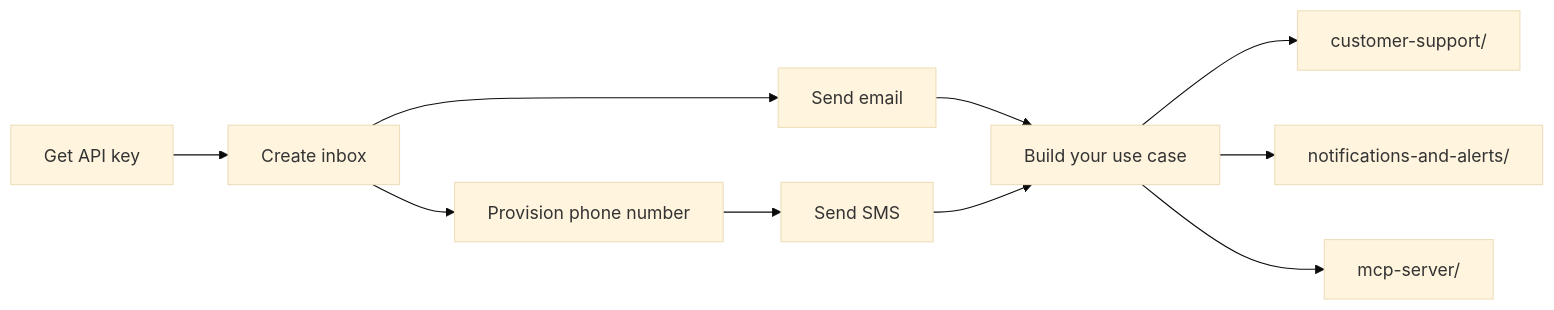
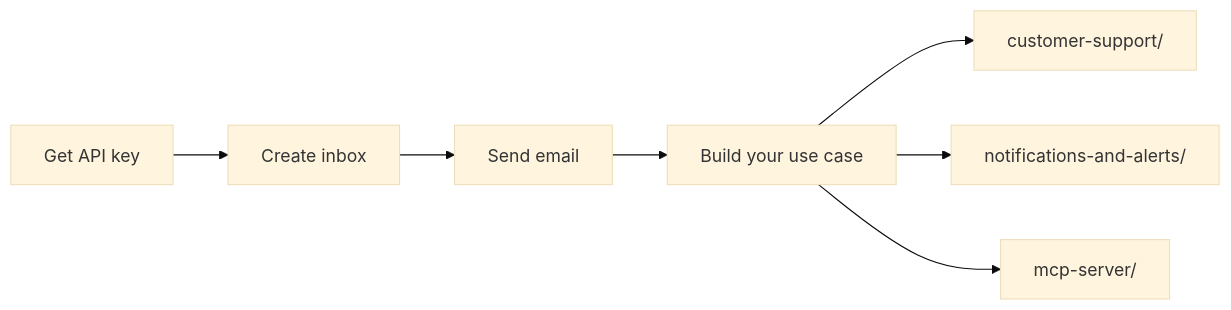
The diagram in capabilities/quickstart/README.md (shanjairaj7/email-for-agents), drawn with Mermaid (base theme) before and after one commit. The commit also changed other lines of this file and 105 other files, not shown here.

Commit message:
remove SMS and phone number references

````diff
--- a/capabilities/quickstart/README.md
+++ b/capabilities/quickstart/README.md
@@ -111,11 +81,9 @@
 ```mermaid
 flowchart LR
     A[Get API key] --> B[Create inbox]
     B --> C[Send email]
-    B --> D[Provision phone number]
-    D --> E[Send SMS]
-    C & E --> F[Build your use case]
+    C --> F[Build your use case]
     F --> G[customer-support/]
     F --> H[notifications-and-alerts/]
     F --> I[mcp-server/]
 ```
````
